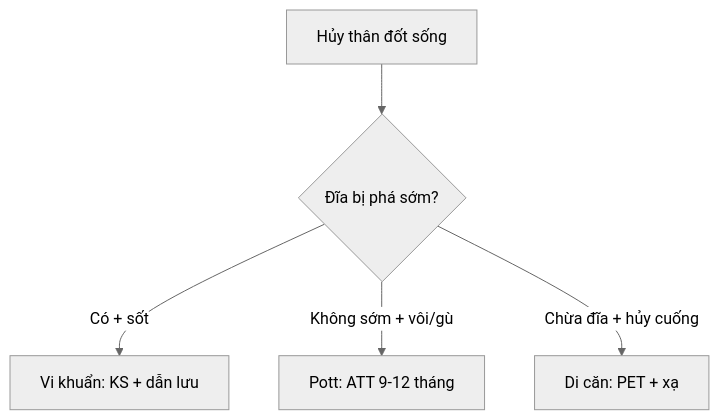
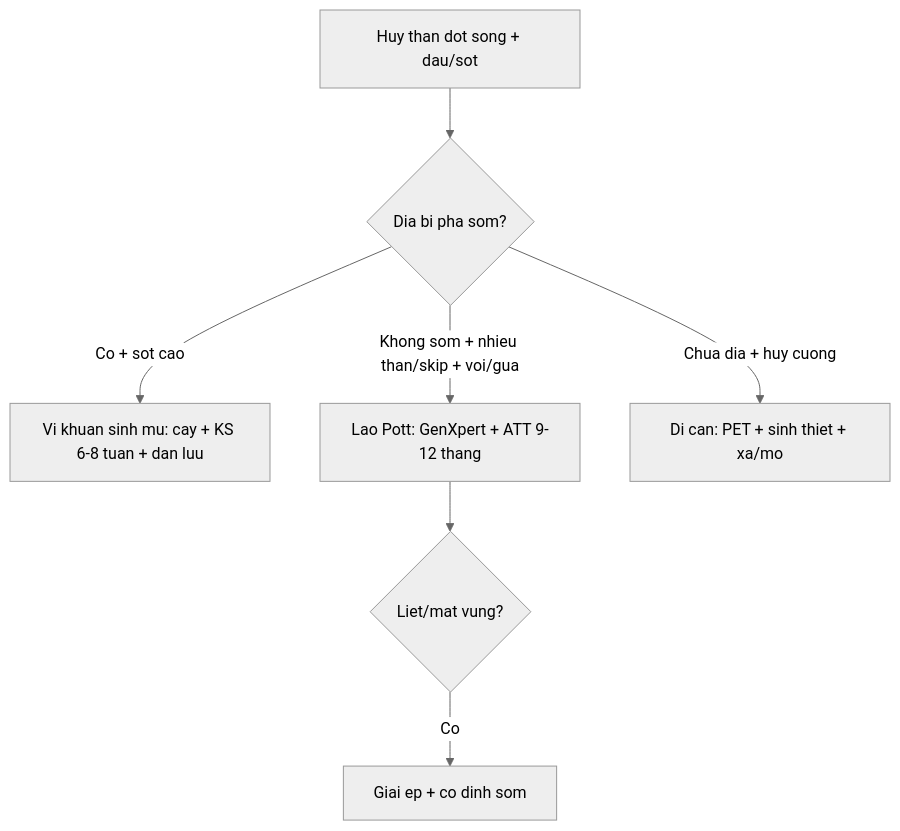
The diagram in 222-viem-dot-song/lesson.md (drthe92/rad), drawn with Mermaid (neutral theme) before and after one commit. The commit also changed other lines of this file and 21 other files, not shown here.

Commit message:
153: ACKD & ACD-RCC (6 ảnh CC BY/BY-NC-ND + composite, quiz ảnh hóa, mermaid); backfill 222 (viêm đốt sống: +4 ảnh + composite, ma trận domain TS-vs-PS); cập nhật README/100/index/BACKLOG

````diff
--- a/222-viem-dot-song/lesson.md
+++ b/222-viem-dot-song/lesson.md
@@ -44,7 +68,9 @@
 ```mermaid
 flowchart TD
-  A[Hủy thân đốt sống] --> B{Đĩa bị phá sớm?}
-  B -->|Có + sốt| C[Vi khuẩn: KS + dẫn lưu]
-  B -->|Không sớm + vôi/gù| D[Pott: ATT 9-12 tháng]
-  B -->|Chừa đĩa + hủy cuống| E[Di căn: PET + xạ]
+  A[Huy than dot song + dau/sot] --> B{Dia bi pha som?}
+  B -->|Co + sot cao| C[Vi khuan sinh mu: cay + KS 6-8 tuan + dan luu]
+  B -->|Khong som + nhieu than/skip + voi/gua| D[Lao Pott: GenXpert + ATT 9-12 thang]
+  B -->|Chua dia + huy cuong| E[Di can: PET + sinh thiet + xa/mo]
+  D --> F{Liet/mat vung?}
+  F -->|Co| G[Giai ep + co dinh som]
 ```
````
